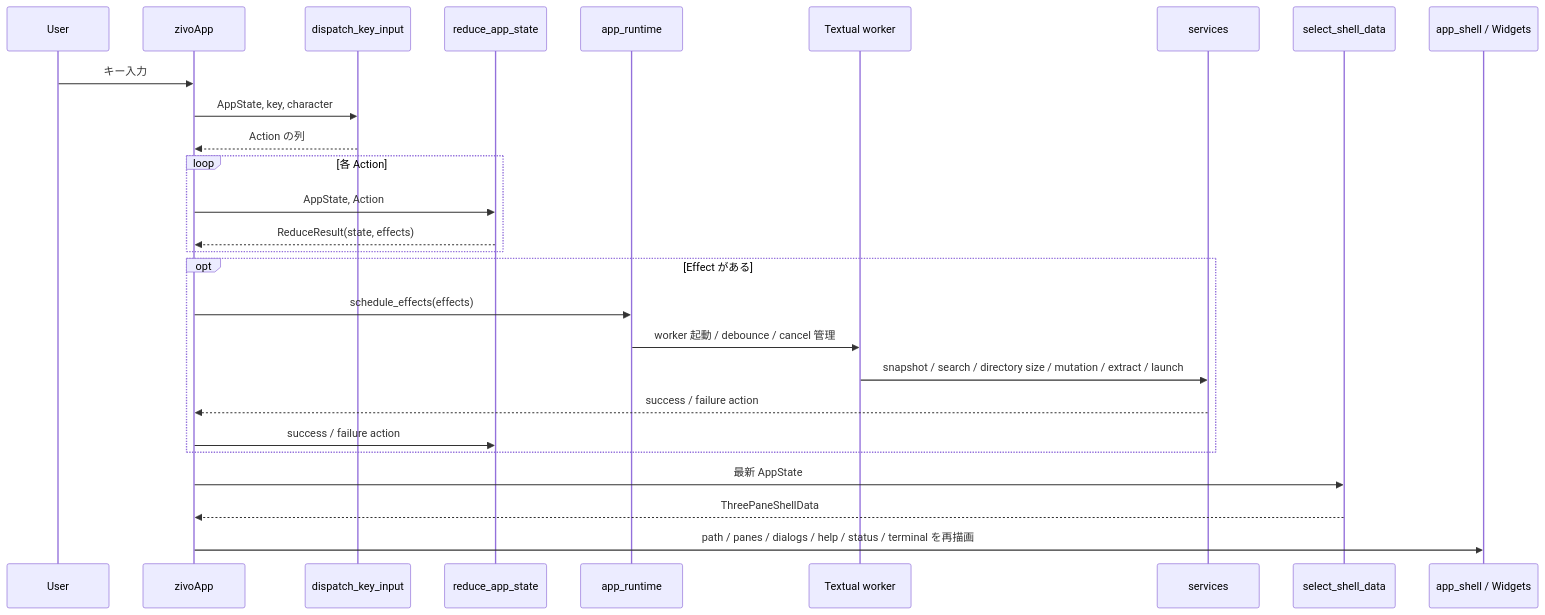
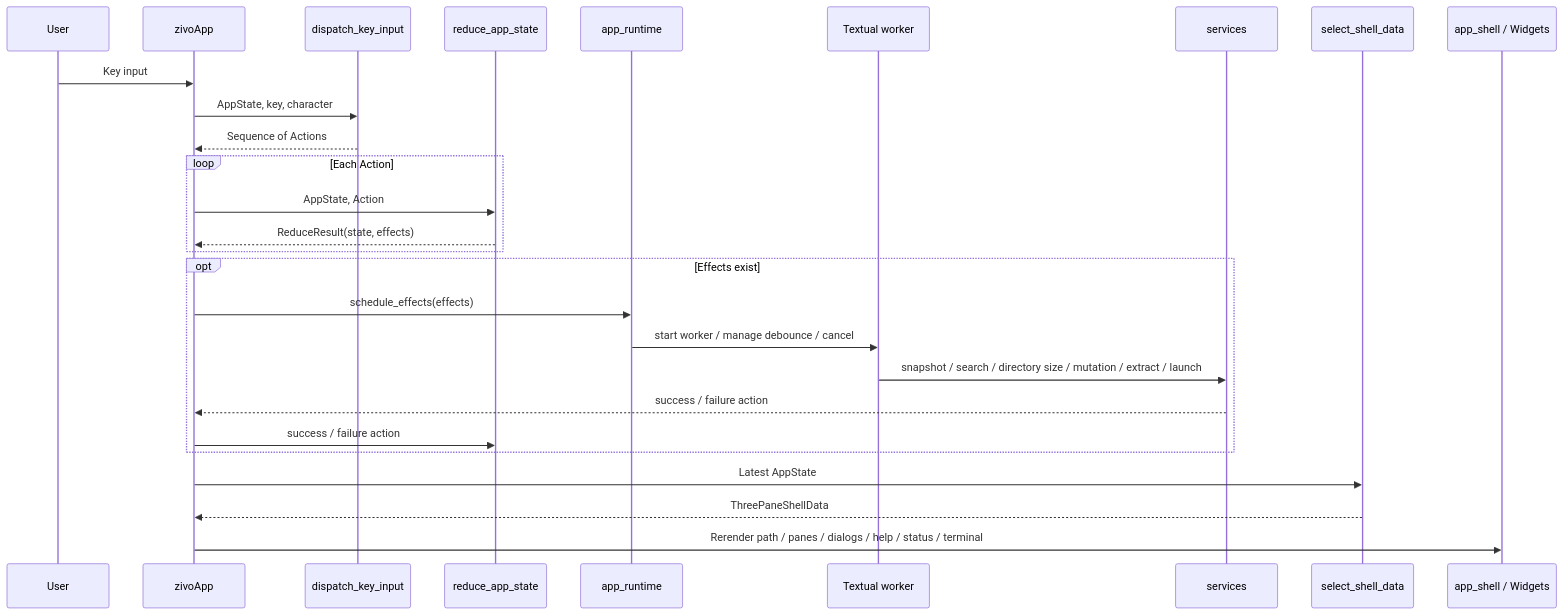
One commit to devgamesan/plain changed the second of 4 diagrams in docs/architecture.md. Above: the diagram before and after it, drawn with Mermaid. The commit also changed other lines of this file and 24 other files, not shown here.

````diff
--- a/docs/architecture.md
+++ b/docs/architecture.md
@@ -114,30 +117,30 @@
 ```mermaid
 sequenceDiagram
     participant User as User
     participant App as zivoApp
     participant Input as dispatch_key_input
     participant Reducer as reduce_app_state
     participant Runtime as app_runtime
     participant Worker as Textual worker
     participant Service as services
     participant Selector as select_shell_data
     participant Shell as app_shell / Widgets
 
-    User->>App: キー入力
+    User->>App: Key input
     App->>Input: AppState, key, character
-    Input-->>App: Action の列
-    loop 各 Action
+    Input-->>App: Sequence of Actions
+    loop Each Action
         App->>Reducer: AppState, Action
         Reducer-->>App: ReduceResult(state, effects)
     end
-    opt Effect がある
+    opt Effects exist
         App->>Runtime: schedule_effects(effects)
-        Runtime->>Worker: worker 起動 / debounce / cancel 管理
+        Runtime->>Worker: start worker / manage debounce / cancel
         Worker->>Service: snapshot / search / directory size / mutation / extract / launch
         Service-->>App: success / failure action
         App->>Reducer: success / failure action
     end
-    App->>Selector: 最新 AppState
+    App->>Selector: Latest AppState
     Selector-->>App: ThreePaneShellData
-    App->>Shell: path / panes / dialogs / help / status / terminal を再描画
+    App->>Shell: Rerender path / panes / dialogs / help / status / terminal
 ```
````
